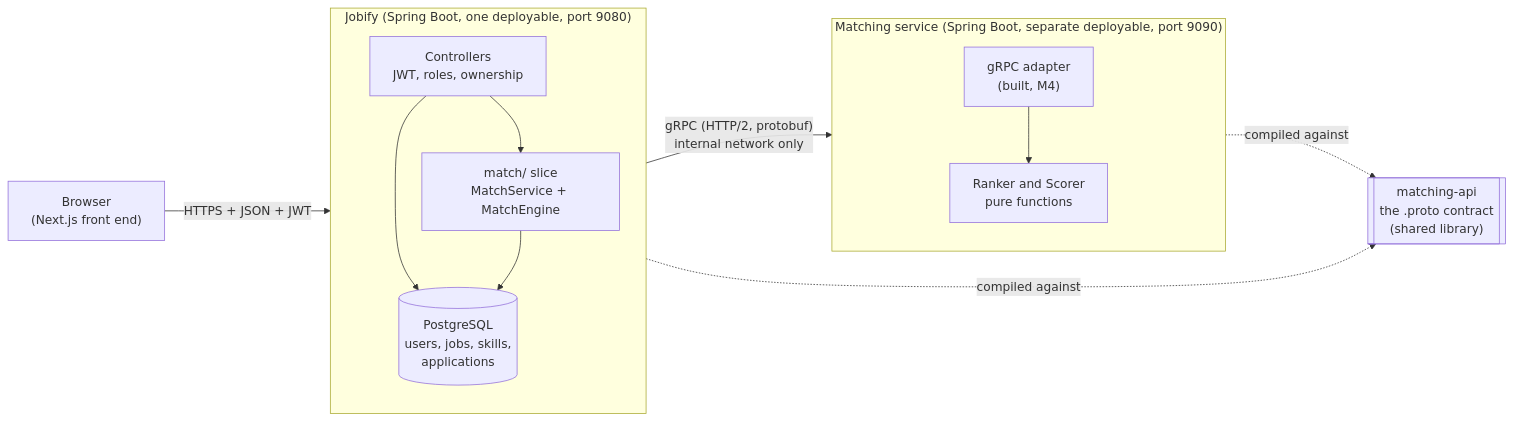
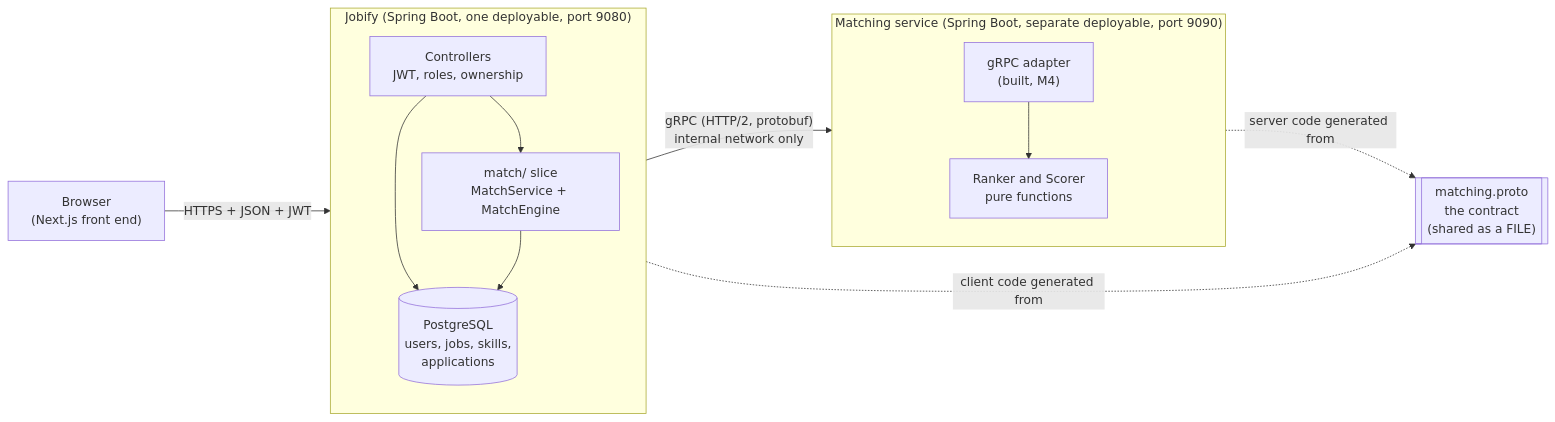
Before and after one commit to covenant-alliance/jobify: the first of 13 diagrams in docs/MATCHING_ARCHITECTURE.md, drawn with Mermaid. The commit also changed other lines of this file and 28 other files, not shown here.

````diff
--- a/docs/MATCHING_ARCHITECTURE.md
+++ b/docs/MATCHING_ARCHITECTURE.md
@@ -29,24 +29,24 @@
 ```mermaid
 flowchart LR
     B["Browser<br/>(Next.js front end)"]
     subgraph J["Jobify  (Spring Boot, one deployable, port 9080)"]
         direction TB
         JC["Controllers<br/>JWT, roles, ownership"]
         JM["match/ slice<br/>MatchService + MatchEngine"]
         JD[("PostgreSQL<br/>users, jobs, skills,<br/>applications")]
         JC --> JM
         JC --> JD
         JM --> JD
     end
     subgraph M["Matching service  (Spring Boot, separate deployable, port 9090)"]
         direction TB
         MG["gRPC adapter<br/>(built, M4)"]
         MS["Ranker and Scorer<br/>pure functions"]
         MG --> MS
     end
     B -- "HTTPS + JSON + JWT" --> JC
     JM -- "gRPC (HTTP/2, protobuf)<br/>internal network only" --> MG
-    CONTRACT[["matching-api<br/>the .proto contract<br/>(shared library)"]]
-    JM -. "compiled against" .-> CONTRACT
-    MG -. "compiled against" .-> CONTRACT
+    CONTRACT[["matching.proto<br/>the contract<br/>(shared as a FILE)"]]
+    JM -. "client code generated from" .-> CONTRACT
+    MG -. "server code generated from" .-> CONTRACT
 ```
````
